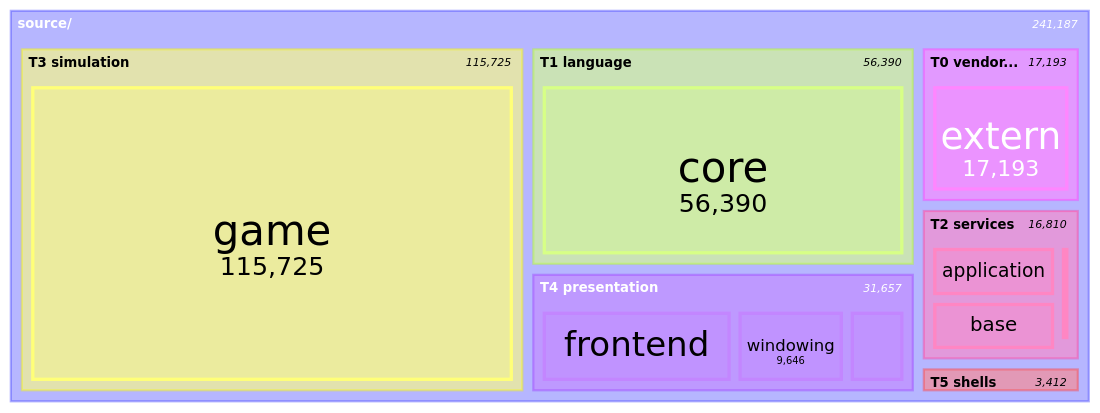
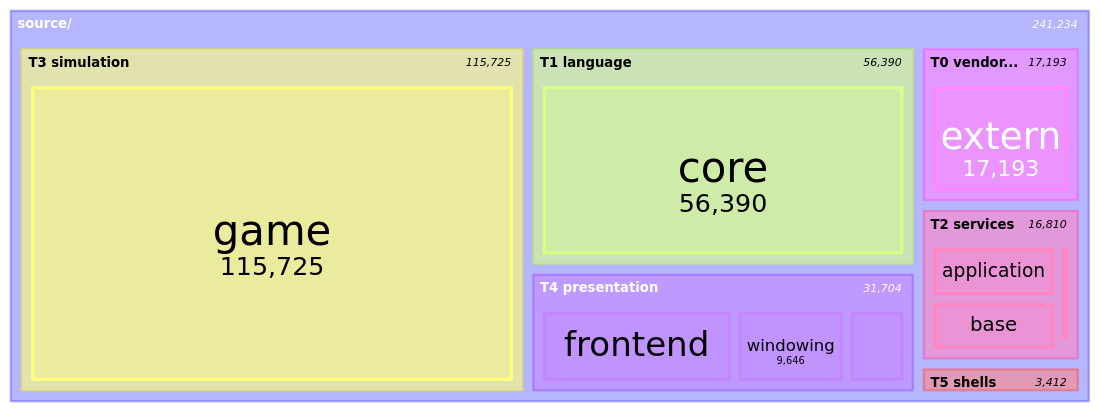
Before and after one commit to apnex/OpenStarbound: the seventh of 11 diagrams in docs/architecture/system-boundaries.md, drawn with Mermaid. The commit also changed other lines of this file and 3 other files, not shown here.

````diff
--- a/docs/architecture/system-boundaries.md
+++ b/docs/architecture/system-boundaries.md
@@ -599,22 +599,22 @@
 ```mermaid
 treemap-beta
 "source/"
     "T0 vendored"
         "extern": 17193
     "T1 language"
         "core": 56390
     "T2 services"
         "application": 7677
         "base": 7472
         "metrics": 1519
         "platform": 142
     "T3 simulation"
         "game": 115725
     "T4 presentation"
         "frontend": 16866
         "windowing": 9646
-        "rendering": 5145
+        "rendering": 5192
     "T5 shells"
         "client": 2629
         "server": 783
 ```
````
